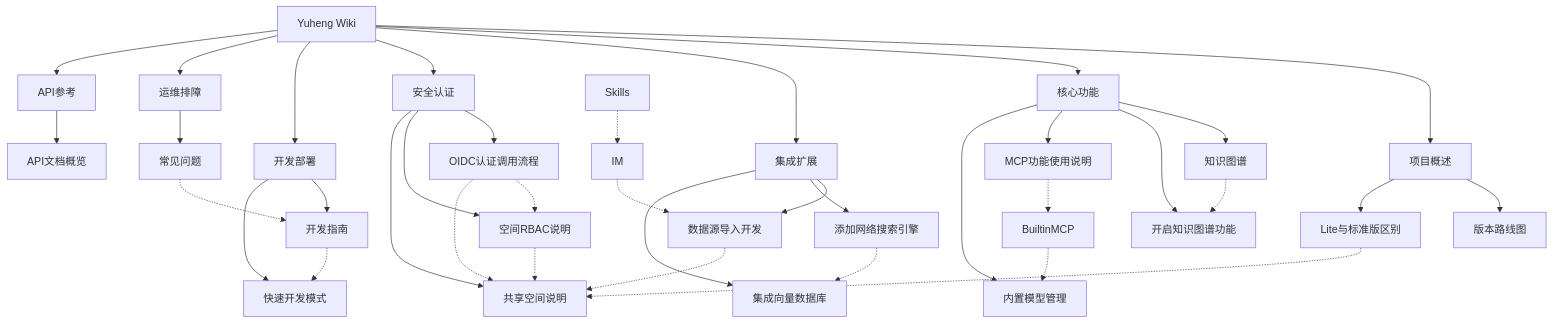
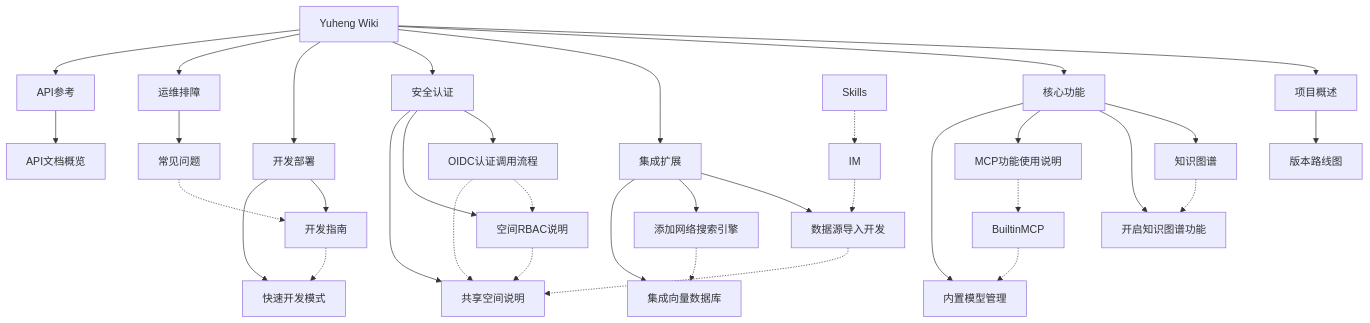
Before and after one commit to magicyuan876/Yuheng: the diagram in docs/wiki/Home.md, drawn with Mermaid. The commit also changed other lines of this file and 162 other files, not shown here.

````diff
--- a/docs/wiki/Home.md
+++ b/docs/wiki/Home.md
@@ -68,48 +67,46 @@
 ```mermaid
 graph TB
     Home[Yuheng Wiki]
     Home --> 项目概述
     Home --> 核心功能
     Home --> 集成扩展
     Home --> 安全认证
     Home --> 开发部署
     Home --> 运维排障
     Home --> API参考
 
     项目概述 --> ROADMAP[版本路线图]
-    项目概述 --> LITE[Lite与标准版区别]
 
     核心功能 --> KG[知识图谱]
     核心功能 --> KGSetup[开启知识图谱功能]
     核心功能 --> MCP[MCP功能使用说明]
     核心功能 --> BuiltinModel[内置模型管理]
 
     集成扩展 --> DS[数据源导入开发]
     集成扩展 --> WebSearch[添加网络搜索引擎]
     集成扩展 --> VecDB[集成向量数据库]
 
     安全认证 --> OIDC[OIDC认证调用流程]
     安全认证 --> RBAC[空间RBAC说明]
     安全认证 --> SharedSpace[共享空间说明]
 
     开发部署 --> DevGuide[开发指南]
     开发部署 --> QuickDev[快速开发模式]
 
     运维排障 --> FAQ[常见问题]
 
     API参考 --> APIOverview[API文档概览]
 
     KG -.-> KGSetup
     MCP -.-> BuiltinMCP
     BuiltinMCP -.-> BuiltinModel
     Skills -.-> IM
     IM -.-> DS
     DS -.-> SharedSpace
     OIDC -.-> RBAC
     RBAC -.-> SharedSpace
     OIDC -.-> SharedSpace
-    LITE -.-> SharedSpace
     WebSearch -.-> VecDB
     DevGuide -.-> QuickDev
     FAQ -.-> DevGuide
 ```
````
